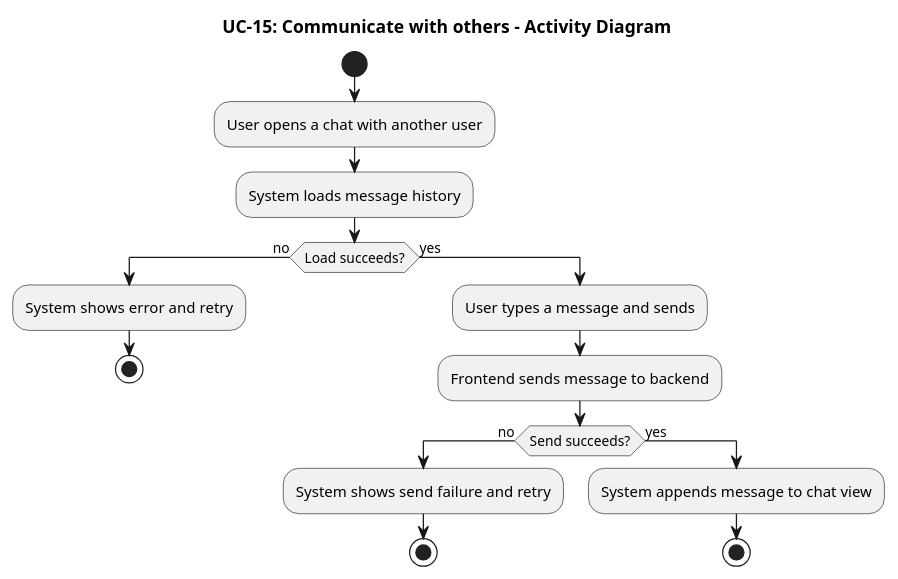
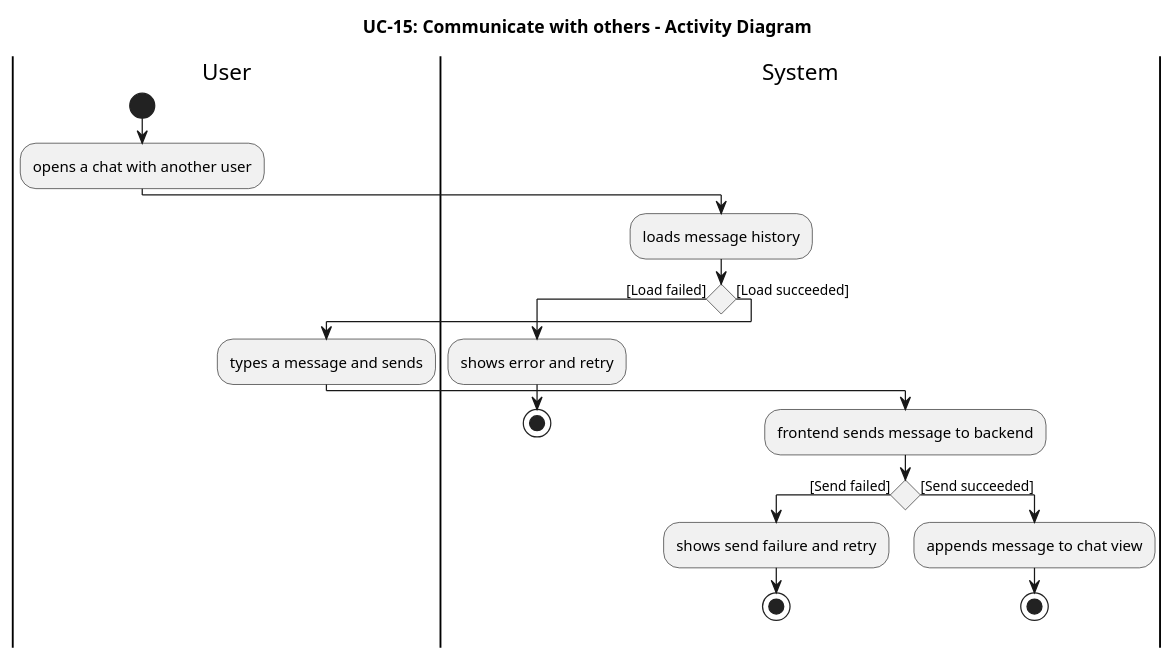
Diagram 17 of 27 in springboot-backend/BridgeU-SRS.md (pzyllll/BridgeU), drawn with PlantUML before and after one commit. The commit also changed other lines of this file and 5 other files, not shown here.

````diff
--- a/springboot-backend/BridgeU-SRS.md
+++ b/springboot-backend/BridgeU-SRS.md
@@ -2089,23 +2294,31 @@
 ```plantuml
 @startuml UC15_Activity_Diagram
 title UC-15: Communicate with others - Activity Diagram
 
+|User|
 start
-:User opens a chat with another user;
-:System loads message history;
-if (Load succeeds?) then (no)
-  :System shows error and retry;
+:opens a chat with another user;
+
+|System|
+:loads message history;
+
+if () then ([Load failed])
+  :shows error and retry;
   stop
-else (yes)
-  :User types a message and sends;
-  :Frontend sends message to backend;
-  if (Send succeeds?) then (no)
-    :System shows send failure and retry;
+else ([Load succeeded])
+  |User|
+  :types a message and sends;
+  
+  |System|
+  :frontend sends message to backend;
+  
+  if () then ([Send failed])
+    :shows send failure and retry;
     stop
-  else (yes)
-    :System appends message to chat view;
+  else ([Send succeeded])
+    :appends message to chat view;
     stop
   endif
 endif
 @enduml
 ```
````
